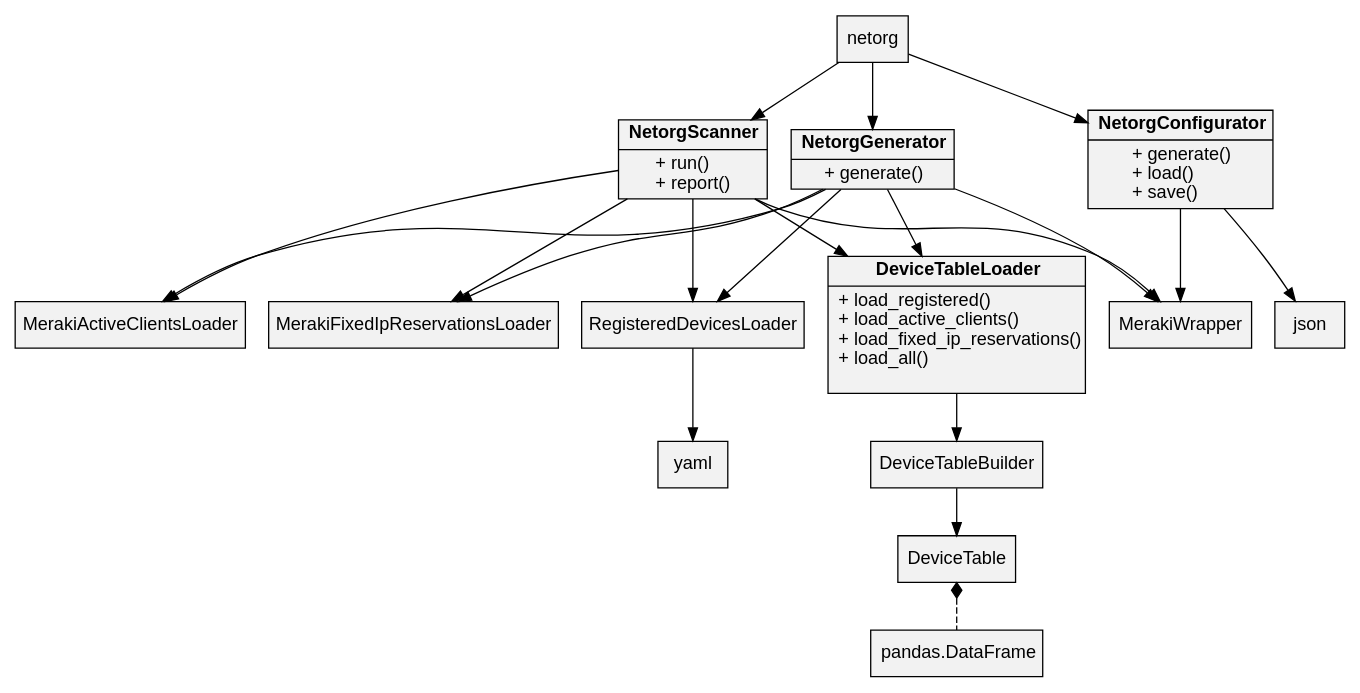
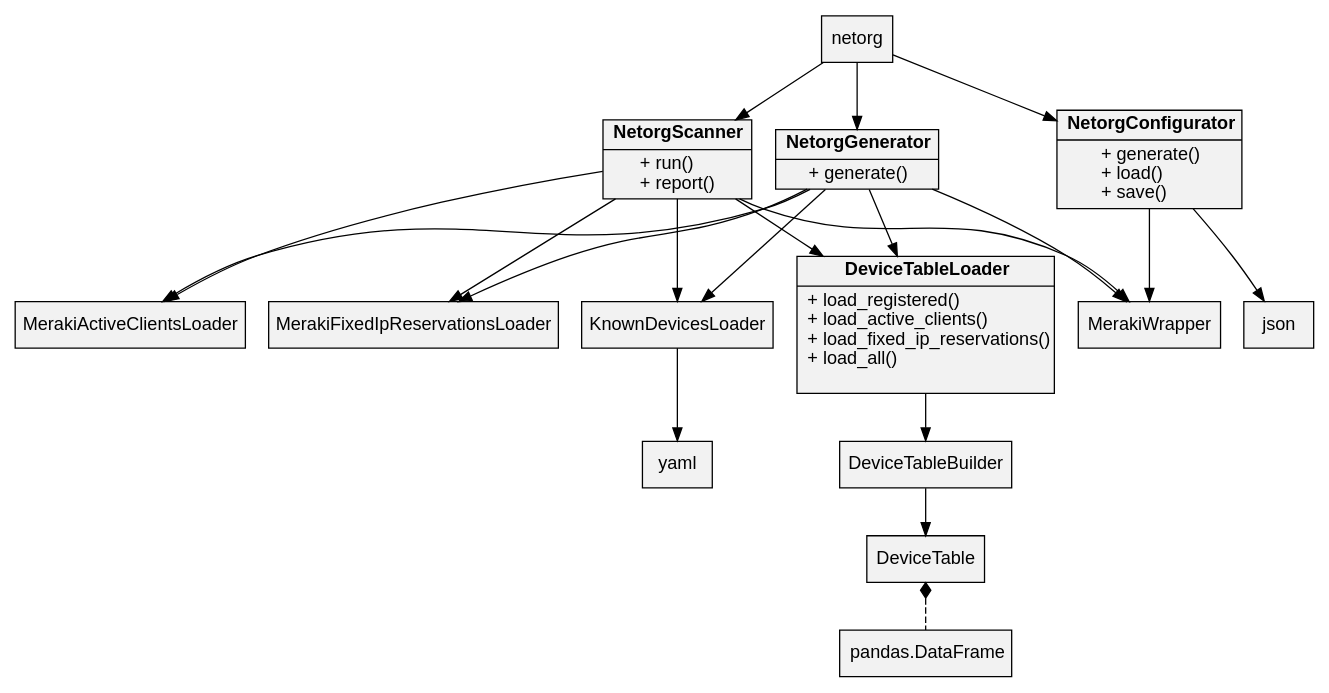
One commit to jasondchambers/netorganizer changed the diagram in netorg.dot. Above: the diagram before and after it, drawn with Graphviz. The commit also changed 11 other files, not shown here.

Commit message:
Decided to change terminology throughout. Preferred the term "known" to "registered". I think this will make it easier to understasnd.

```diff
--- a/netorg.dot
+++ b/netorg.dot
@@ -1,38 +1,38 @@
 digraph netorg_structure {
 
     node [
 		fontname="Helvetica,Arial,sans-serif"
 		shape=record
 		style=filled
 		fillcolor=gray95
 	]
     netorg -> { NetorgConfigurator NetorgGenerator NetorgScanner }
     NetorgConfigurator -> { MerakiWrapper json }
-    NetorgGenerator -> { MerakiWrapper MerakiActiveClientsLoader MerakiFixedIpReservationsLoader RegisteredDevicesLoader DeviceTableLoader }
-    NetorgScanner -> { MerakiWrapper MerakiActiveClientsLoader MerakiFixedIpReservationsLoader RegisteredDevicesLoader DeviceTableLoader }
-    RegisteredDevicesLoader -> { yaml }
+    NetorgGenerator -> { MerakiWrapper MerakiActiveClientsLoader MerakiFixedIpReservationsLoader KnownDevicesLoader DeviceTableLoader }
+    NetorgScanner -> { MerakiWrapper MerakiActiveClientsLoader MerakiFixedIpReservationsLoader KnownDevicesLoader DeviceTableLoader }
+    KnownDevicesLoader -> { yaml }
     DeviceTableLoader -> { DeviceTableBuilder }
     DeviceTableBuilder -> { DeviceTable }
     edge [dir=back arrowtail=diamond style=dashed]
     DeviceTable -> { DataFrame }
 
     NetorgConfigurator[
         label = <{<b>NetorgConfigurator</b> | + generate()<br align="left"/>+ load()<br align="left"/>+ save()<br align="left"/>}>
     ]
     
     NetorgGenerator[
         label = <{<b>NetorgGenerator</b> | + generate()<br align="left"/>}>
     ]
     
     NetorgScanner[
         label = <{<b>NetorgScanner</b> | + run()<br align="left"/>+ report()<br align="left"/>}>
     ]
     
     DeviceTableLoader[
         label = <{<b>DeviceTableLoader</b> | + load_registered()<br align="left"/>+ load_active_clients()<br align="left"/>+ load_fixed_ip_reservations()<br align="left"/>+ load_all()<br align="left"/>        }>
     ]
     
     DataFrame [
         label = <{pandas.DataFrame}>
     ]
 }
```
